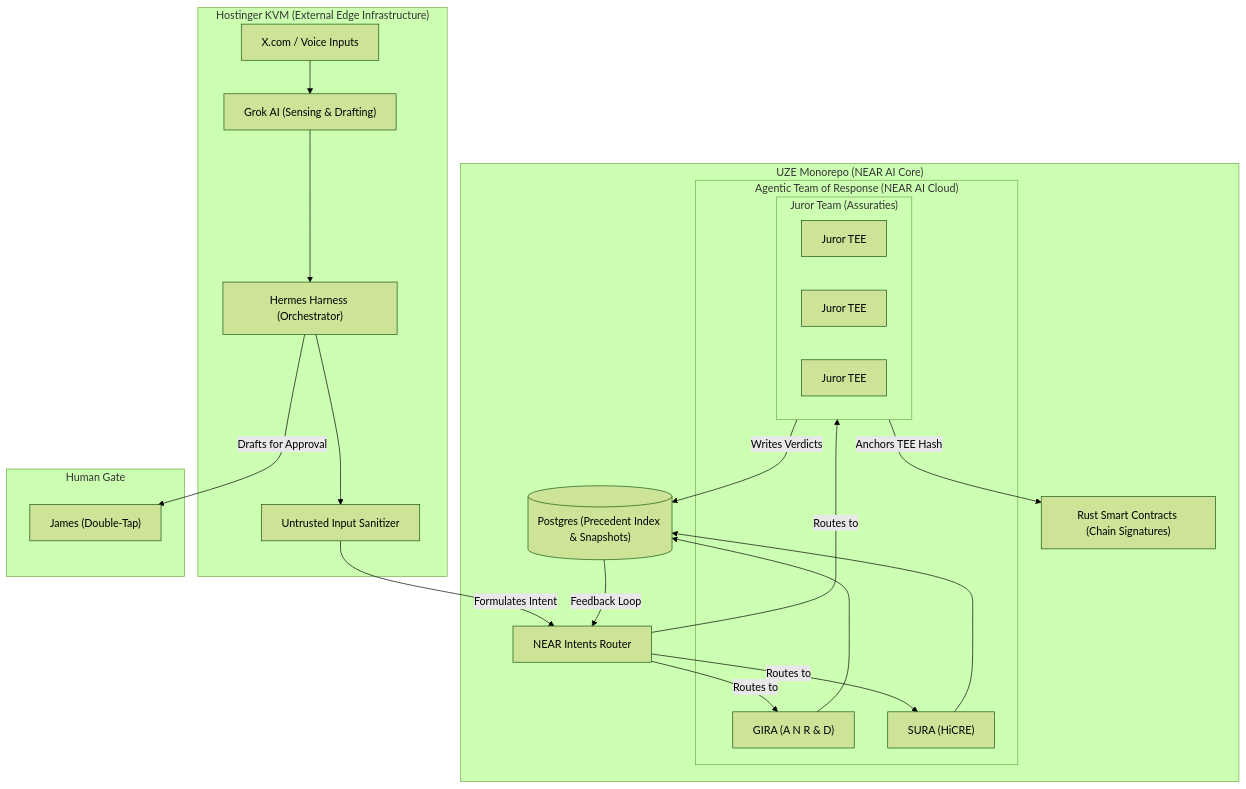
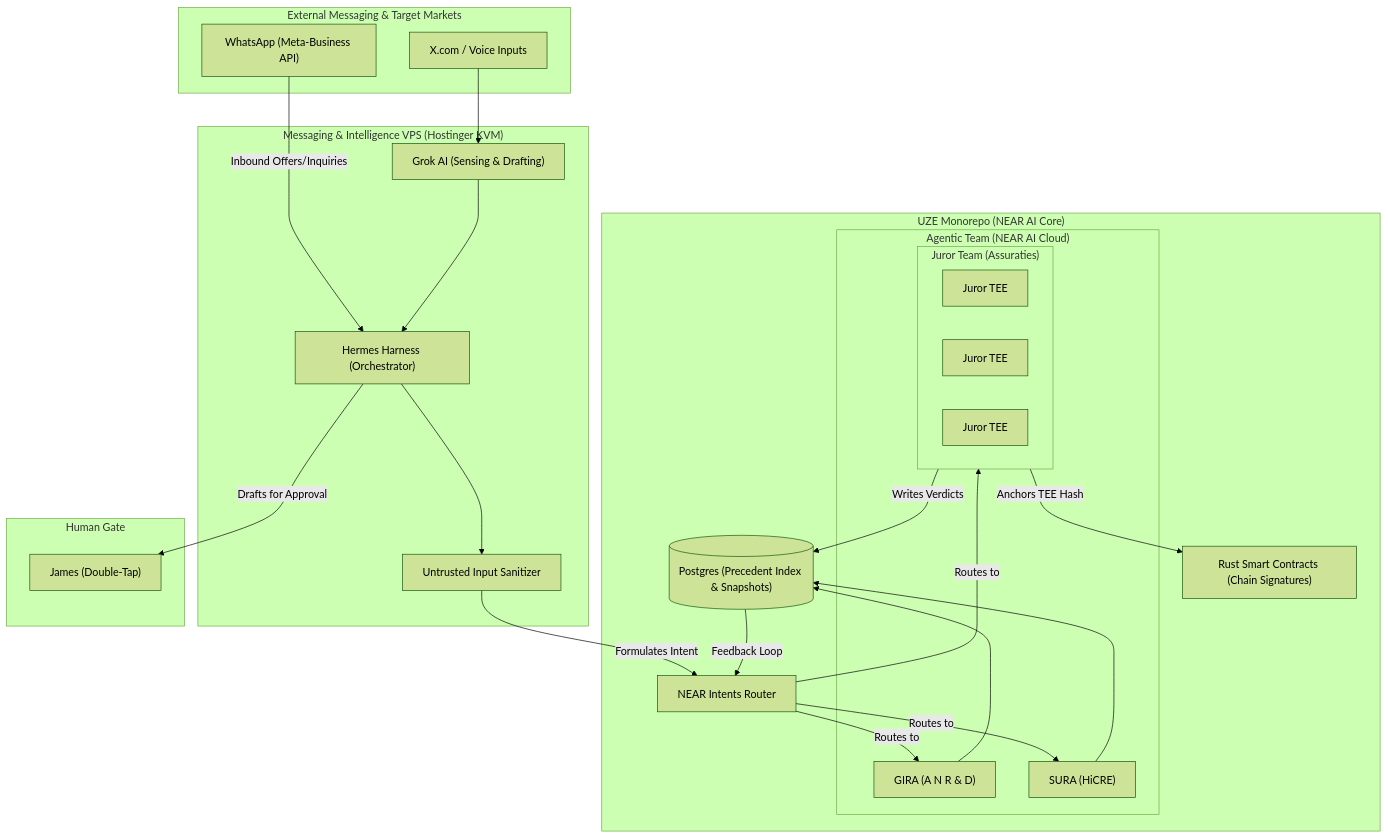
Before and after one commit to DEVBUILDSTACK/UZE: the diagram in docs/diagrams/08-hermes-near-architecture.md, drawn with Mermaid (forest theme). The commit also changed other lines of this file and 1 other file, not shown here.

Commit message:
diagrams: 08 superseded by MIV technical architecture + 09 WhatsApp diaspora flow (DeepSeek MIV directive)

````diff
--- a/docs/diagrams/08-hermes-near-architecture.md
+++ b/docs/diagrams/08-hermes-near-architecture.md
@@ -12,48 +11,54 @@
 ```mermaid
 flowchart TD
-    subgraph KVM["Hostinger KVM (External Edge Infrastructure)"]
+    subgraph MESSAGING["External Messaging & Target Markets"]
+        WA["WhatsApp (Meta-Business API)"]
         X["X.com / Voice Inputs"]
+    end
+
+    subgraph MIV["Messaging & Intelligence VPS (Hostinger KVM)"]
+        HERMES["Hermes Harness (Orchestrator)"]
         GROK["Grok AI (Sensing & Drafting)"]
-        HERMES["Hermes Harness (Orchestrator)"]
         SEC["Untrusted Input Sanitizer"]
     end
 
     subgraph UZE["UZE Monorepo (NEAR AI Core)"]
         INTENTS["NEAR Intents Router"]
 
-        subgraph AGENTS["Agentic Team of Response (NEAR AI Cloud)"]
+        subgraph AGENTS["Agentic Team (NEAR AI Cloud)"]
             GIRA["GIRA (A N R & D)"]
             SURA["SURA (HiCRE)"]
 
             subgraph JURORS["Juror Team (Assuraties)"]
                 J1["Juror TEE"]
                 J2["Juror TEE"]
                 J3["Juror TEE"]
             end
         end
 
         DB[("Postgres (Precedent Index & Snapshots)")]
         CONTRACT["Rust Smart Contracts (Chain Signatures)"]
     end
 
     subgraph APPROVAL["Human Gate"]
         JAMES["James (Double-Tap)"]
     end
 
+    WA -->|"Inbound Offers/Inquiries"| HERMES
     X --> GROK
     GROK --> HERMES
+
     HERMES --> SEC
     SEC -->|"Formulates Intent"| INTENTS
 
     INTENTS -->|"Routes to"| GIRA
     INTENTS -->|"Routes to"| SURA
     INTENTS -->|"Routes to"| JURORS
 
     GIRA --> DB
     SURA --> DB
     JURORS -->|"Writes Verdicts"| DB
     JURORS -->|"Anchors TEE Hash"| CONTRACT
 
     DB -->|"Feedback Loop"| INTENTS
     HERMES -->|"Drafts for Approval"| JAMES
 ```
````
